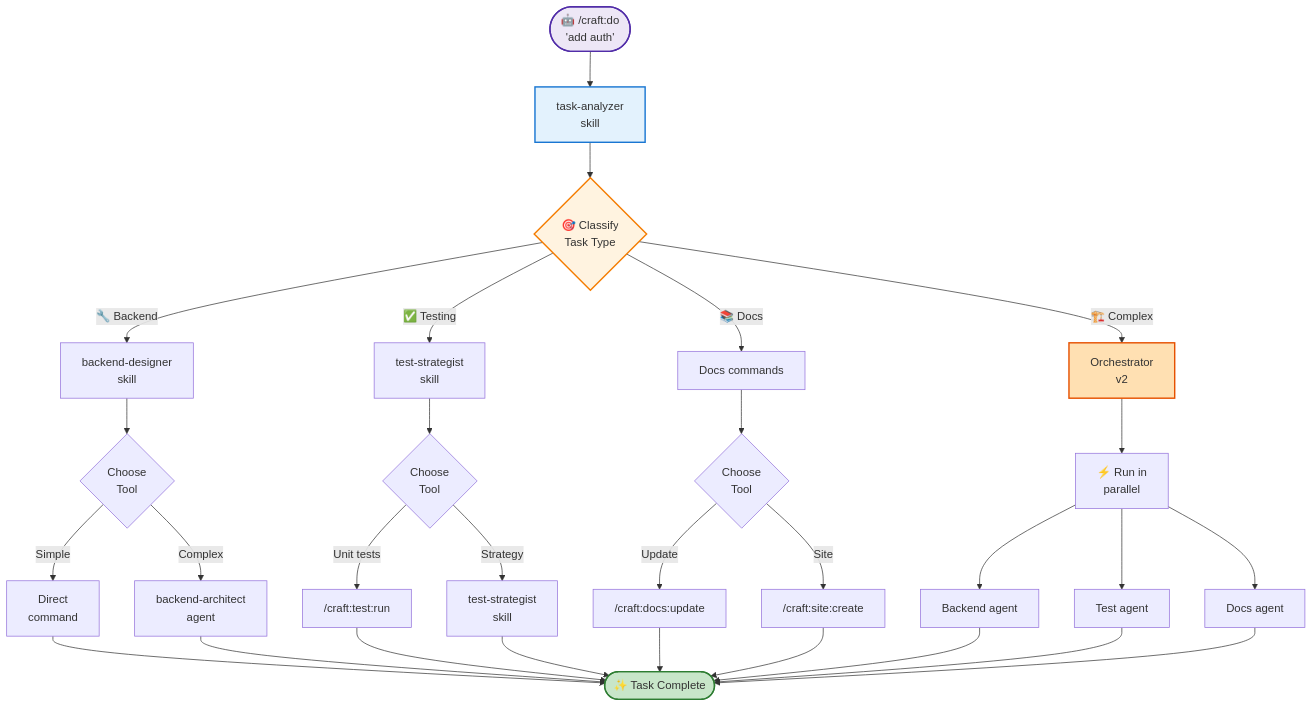
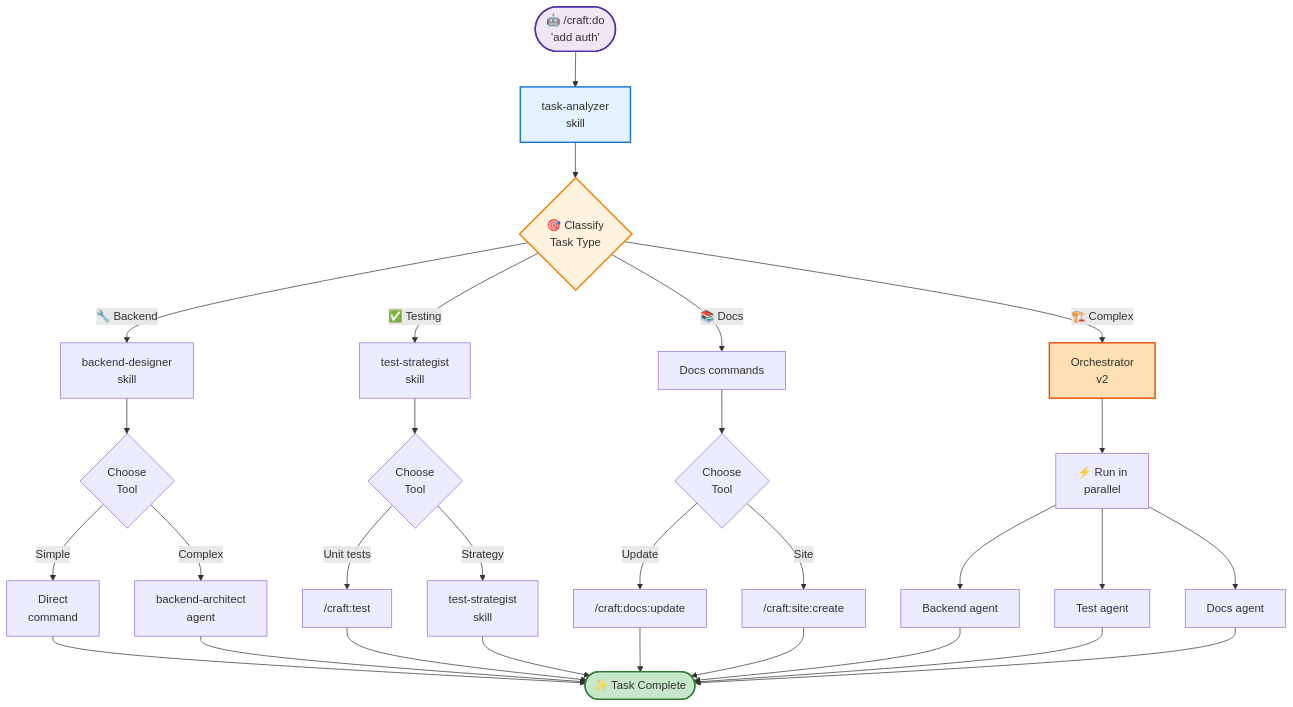
Before and after one commit to Data-Wise/craft: the sixth of 7 diagrams in docs/workflows/index.md, drawn with Mermaid. The commit also changed other lines of this file and 45 other files, not shown here.

````diff
--- a/docs/workflows/index.md
+++ b/docs/workflows/index.md
@@ -294,49 +294,49 @@
 ```mermaid
 flowchart TD
     START(["🤖 /craft:do<br/>'add auth'"]) --> ANALYZE["task-analyzer<br/>skill"]
 
     ANALYZE --> CLASSIFY{🎯 Classify<br/>Task Type}
 
     CLASSIFY -->|🔧 Backend| BACKEND["backend-designer<br/>skill"]
     CLASSIFY -->|✅ Testing| TEST["test-strategist<br/>skill"]
     CLASSIFY -->|📚 Docs| DOCS["Docs commands"]
     CLASSIFY -->|🏗️ Complex| ORCHESTRATE["Orchestrator<br/>v2"]
 
     BACKEND --> ROUTE1{Choose<br/>Tool}
     ROUTE1 -->|Simple| CMD1["Direct<br/>command"]
     ROUTE1 -->|Complex| AGENT1["backend-architect<br/>agent"]
 
     TEST --> ROUTE2{Choose<br/>Tool}
-    ROUTE2 -->|Unit tests| CMD2["/craft:test:run"]
+    ROUTE2 -->|Unit tests| CMD2["/craft:test"]
     ROUTE2 -->|Strategy| AGENT2["test-strategist<br/>skill"]
 
     DOCS --> ROUTE3{Choose<br/>Tool}
     ROUTE3 -->|Update| CMD3["/craft:docs:update"]
     ROUTE3 -->|Site| CMD4["/craft:site:create"]
 
     ORCHESTRATE --> PARALLEL["⚡ Run in<br/>parallel"]
     PARALLEL --> SUB1["Backend agent"]
     PARALLEL --> SUB2["Test agent"]
     PARALLEL --> SUB3["Docs agent"]
 
     CMD1 --> DONE(["✨ Task Complete"])
     AGENT1 --> DONE
     CMD2 --> DONE
     AGENT2 --> DONE
     CMD3 --> DONE
     CMD4 --> DONE
     SUB1 --> DONE
     SUB2 --> DONE
     SUB3 --> DONE
 
     click START "../commands/smart#craftdo" "Click to see universal command docs"
     click ORCHESTRATE "../guide/orchestrator" "Click to learn about orchestrator"
     click CMD3 "../commands/docs#craftdocsupdate" "Click to see docs automation"
     click CMD4 "../commands/site#craftcreate" "Click to see site creation"
 
     style START fill:#ede7f6,stroke:#512da8,stroke-width:2px
     style ANALYZE fill:#e3f2fd,stroke:#1976d2,stroke-width:2px
     style CLASSIFY fill:#fff3e0,stroke:#f57c00,stroke-width:2px
     style ORCHESTRATE fill:#ffe0b2,stroke:#e65100,stroke-width:2px
     style DONE fill:#c8e6c9,stroke:#2e7d32,stroke-width:2px
 ```
````
